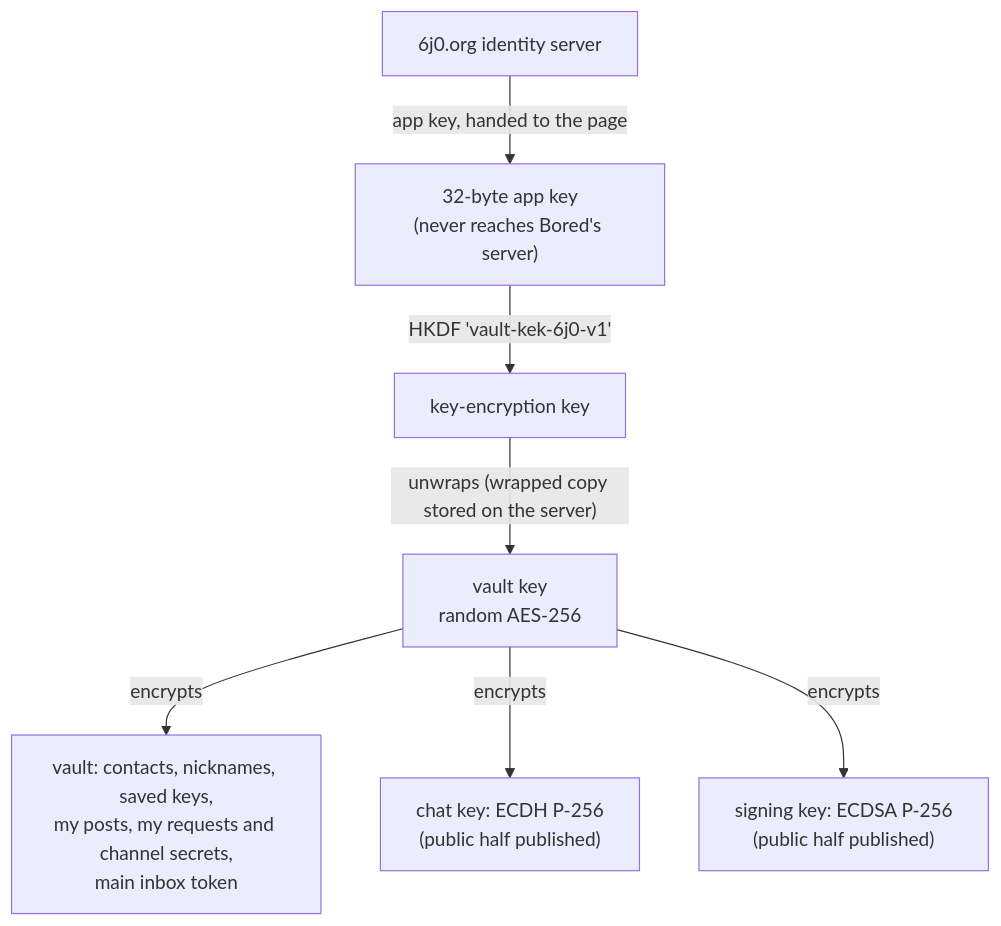
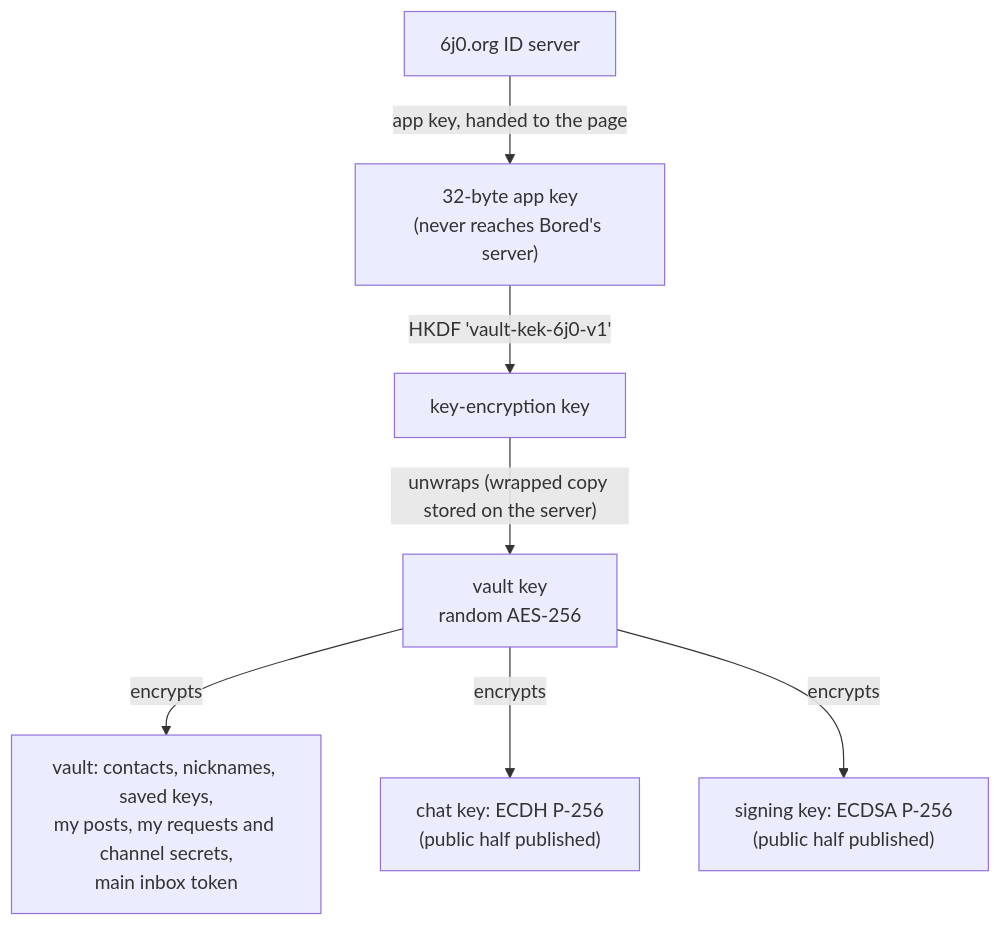
One commit to 6j0-org/bored changed the second of 8 diagrams in docs/encryption.md. Above: the diagram before and after it, drawn with Mermaid. The commit also changed other lines of this file and 12 other files, not shown here.

First line of the commit message:
docs: say 6j0 ID and account key, matching the ID server

````diff
--- a/docs/encryption.md
+++ b/docs/encryption.md
@@ -84,9 +84,9 @@
 ```mermaid
 flowchart TD
-  ID["6j0.org identity server"] -->|"app key, handed to the page"| APP["32-byte app key<br/>(never reaches Bored's server)"]
+  ID["6j0.org ID server"] -->|"app key, handed to the page"| APP["32-byte app key<br/>(never reaches Bored's server)"]
   APP -->|"HKDF 'vault-kek-6j0-v1'"| KEK["key-encryption key"]
   KEK -->|"unwraps (wrapped copy stored on the server)"| VK["vault key<br/>random AES-256"]
   VK -->|encrypts| V["vault: contacts, nicknames, saved keys,<br/>my posts, my requests and channel secrets,<br/>main inbox token"]
   VK -->|encrypts| CK["chat key: ECDH P-256<br/>(public half published)"]
   VK -->|encrypts| SK["signing key: ECDSA P-256<br/>(public half published)"]
 ```
````
